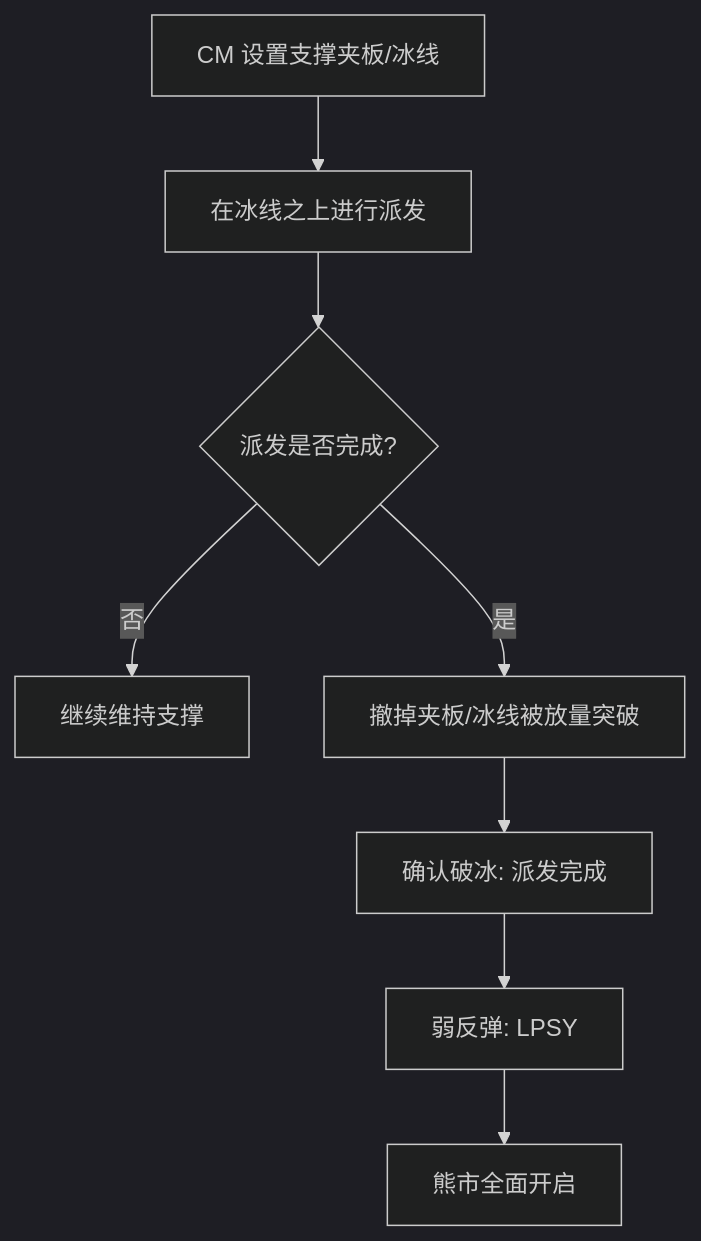
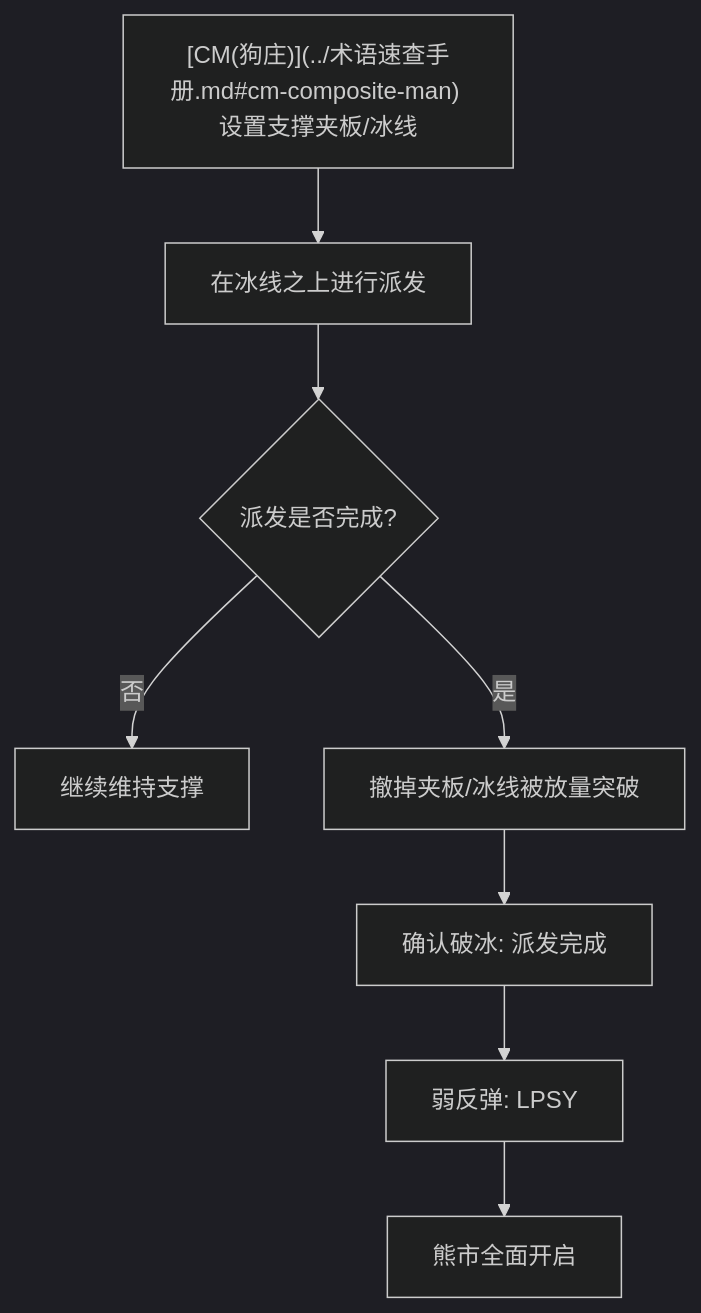
The second of 2 diagrams in docs/第三章_威氏逃顶策略/第二节_CM的出货过程.md (bigzhu/Wyckoff), drawn with Mermaid (dark theme) before and after one commit. The commit also changed other lines of this file and 34 other files, not shown here.

````diff
--- a/docs/第三章_威氏逃顶策略/第二节_CM的出货过程.md
+++ b/docs/第三章_威氏逃顶策略/第二节_CM的出货过程.md
@@ -74,10 +74,10 @@
 ```mermaid
 graph TD
-    A[CM 设置支撑夹板/冰线] --> B[在冰线之上进行派发]
+    A["[CM(狗庄)](../术语速查手册.md#cm-composite-man) 设置支撑夹板/冰线"] --> B[在冰线之上进行派发]
     B --> C{派发是否完成?}
     C -- 否 --> D[继续维持支撑]
     C -- 是 --> E[撤掉夹板/冰线被放量突破]
     E --> F[确认破冰: 派发完成]
     F --> G[弱反弹: LPSY]
     G --> H[熊市全面开启]
 ```
````
